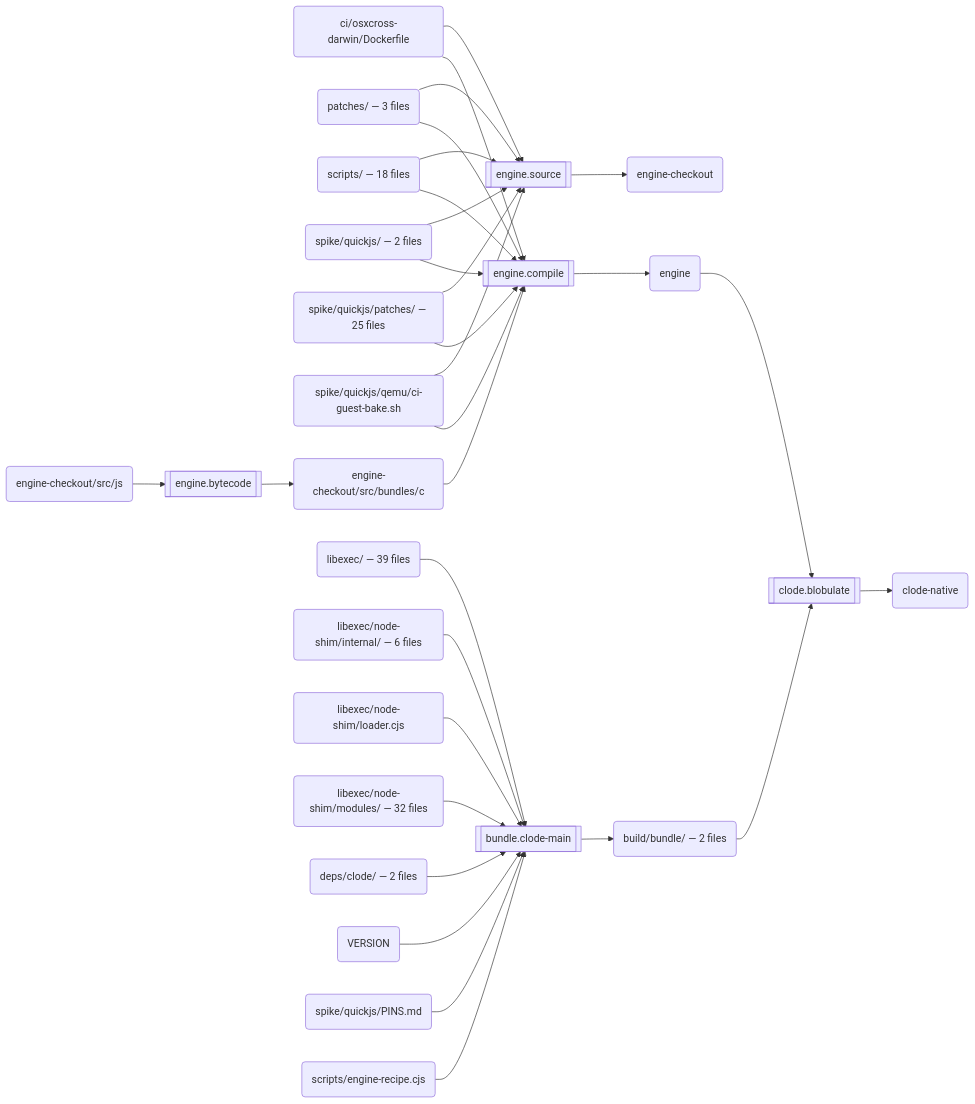
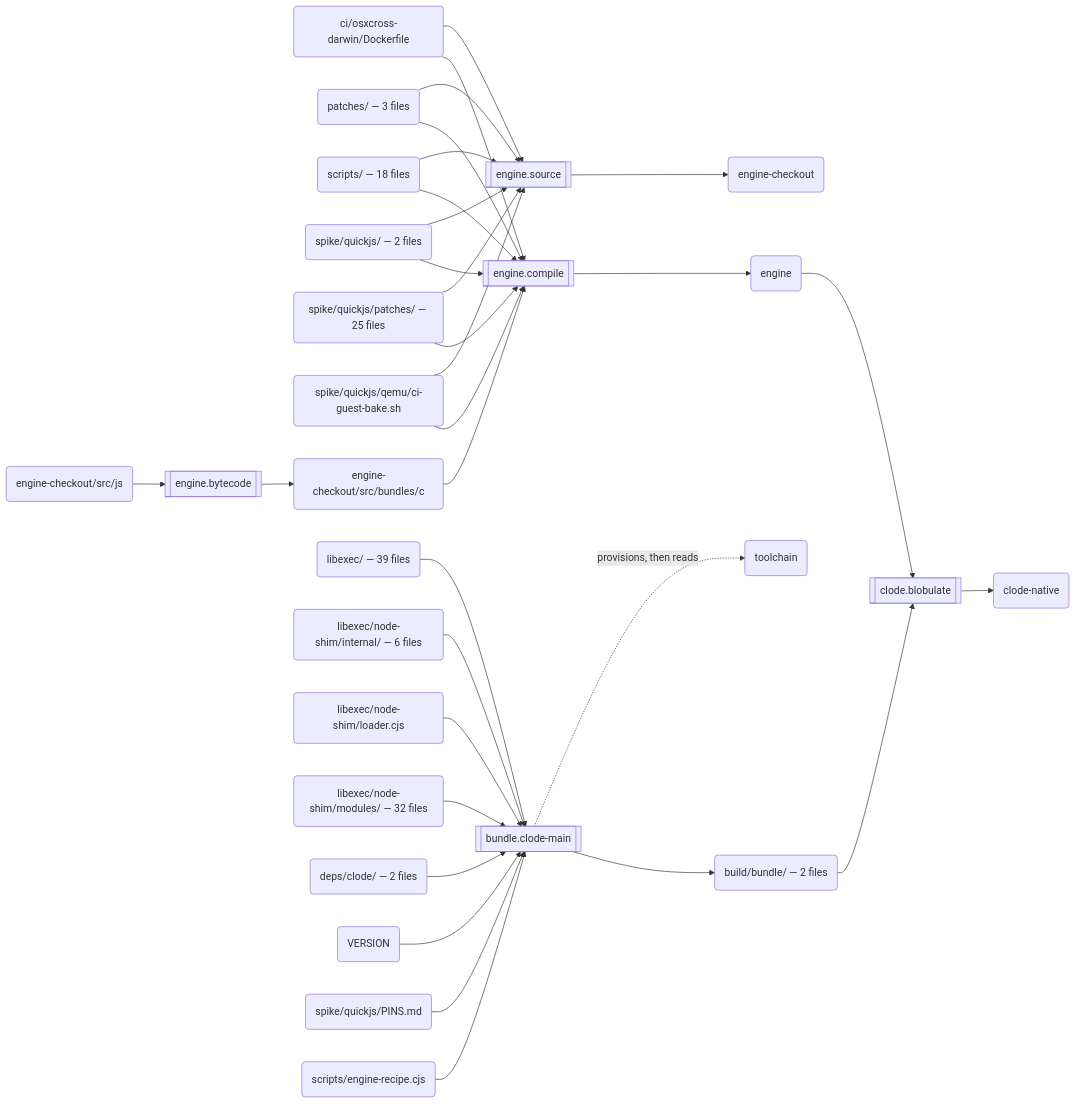
One commit to schmonz/clode changed the second of 3 diagrams in docs/build.md. Above: the diagram before and after it, drawn with Mermaid. The commit also changed other lines of this file and 5 other files, not shown here.

First line of the commit message:
feat(build-graph): declare the toolchain the bundle step provisions, and say so

````diff
--- a/docs/build.md
+++ b/docs/build.md
@@ -111,57 +122,59 @@
 ```mermaid
 flowchart LR
   s0[["engine.source"]]
   a0("ci/osxcross-darwin/Dockerfile")
   a1("patches/ — 3 files")
   a2("scripts/ — 18 files")
   a3("spike/quickjs/ — 2 files")
   a4("spike/quickjs/patches/ — 25 files")
   a5("spike/quickjs/qemu/ci-guest-bake.sh")
   a6("engine-checkout")
   s1[["engine.bytecode"]]
   a7("engine-checkout/src/js")
   a8("engine-checkout/src/bundles/c")
   s2[["engine.compile"]]
   a9("engine")
   s3[["bundle.clode-main"]]
   a10("libexec/ — 39 files")
   a11("libexec/node-shim/internal/ — 6 files")
   a12("libexec/node-shim/loader.cjs")
   a13("libexec/node-shim/modules/ — 32 files")
   a14("deps/clode/ — 2 files")
   a15("VERSION")
   a16("spike/quickjs/PINS.md")
   a17("scripts/engine-recipe.cjs")
-  a18("build/bundle/ — 2 files")
+  a18("toolchain")
+  a19("build/bundle/ — 2 files")
   s4[["clode.blobulate"]]
-  a19("clode-native")
+  a20("clode-native")
   a0 --> s0
   a1 --> s0
   a2 --> s0
   a3 --> s0
   a4 --> s0
   a5 --> s0
   s0 --> a6
   a7 --> s1
   s1 --> a8
   a8 --> s2
   a0 --> s2
   a1 --> s2
   a2 --> s2
   a3 --> s2
   a4 --> s2
   a5 --> s2
   s2 --> a9
   a10 --> s3
   a11 --> s3
   a12 --> s3
   a13 --> s3
   a14 --> s3
   a15 --> s3
   a16 --> s3
   a17 --> s3
-  s3 --> a18
+  s3 -.->|"provisions, then reads"| a18
+  s3 --> a19
   a9 --> s4
-  a18 --> s4
-  s4 --> a19
+  a19 --> s4
+  s4 --> a20
 ```
````
